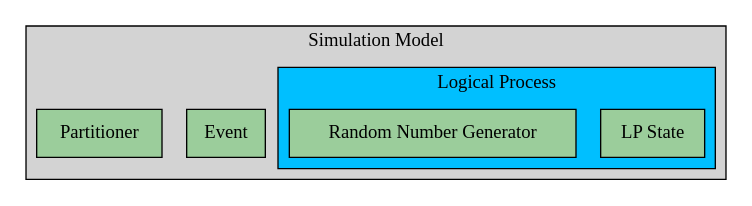
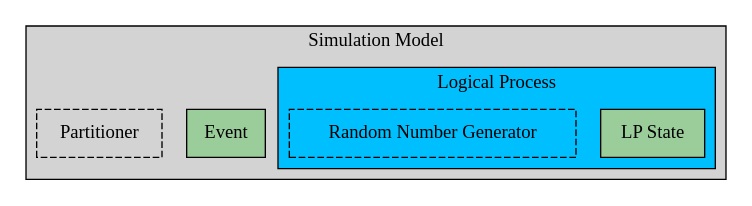
Before and after one commit to weberd6/thesis: the diagram in figs/graphviz/model.dot, drawn with Graphviz. The commit also changed 1 other file, not shown here.

Commit message:
Changed model figure to have dashed line for partitioner and rng

```diff
--- a/figs/graphviz/model.dot
+++ b/figs/graphviz/model.dot
@@ -1,24 +1,24 @@
 digraph {
 
     node [shape = record];
 
     subgraph cluster_model {
 
         subgraph cluster_lp {
             lpstate [label = "LP State", style = filled, fillcolor = darkseagreen3];
-            rng [label = "Random Number Generator", style = filled, fillcolor = darkseagreen3];
+            rng [label = "Random Number Generator", style = dashed, fillcolor = darkseagreen3];
 
             label = "Logical Process";
             style = filled;
             fillcolor = deepskyblue;
         }
 
         event [label = "Event", style = filled, fillcolor = darkseagreen3];
-        part [label = "Partitioner", style = filled, fillcolor = darkseagreen3];
+        part [label = "Partitioner", style = dashed, fillcolor = darkseagreen3];
 
         label = "Simulation Model";
         fillcolor = lightgray;
         style = filled;
     }
 
 }
```
